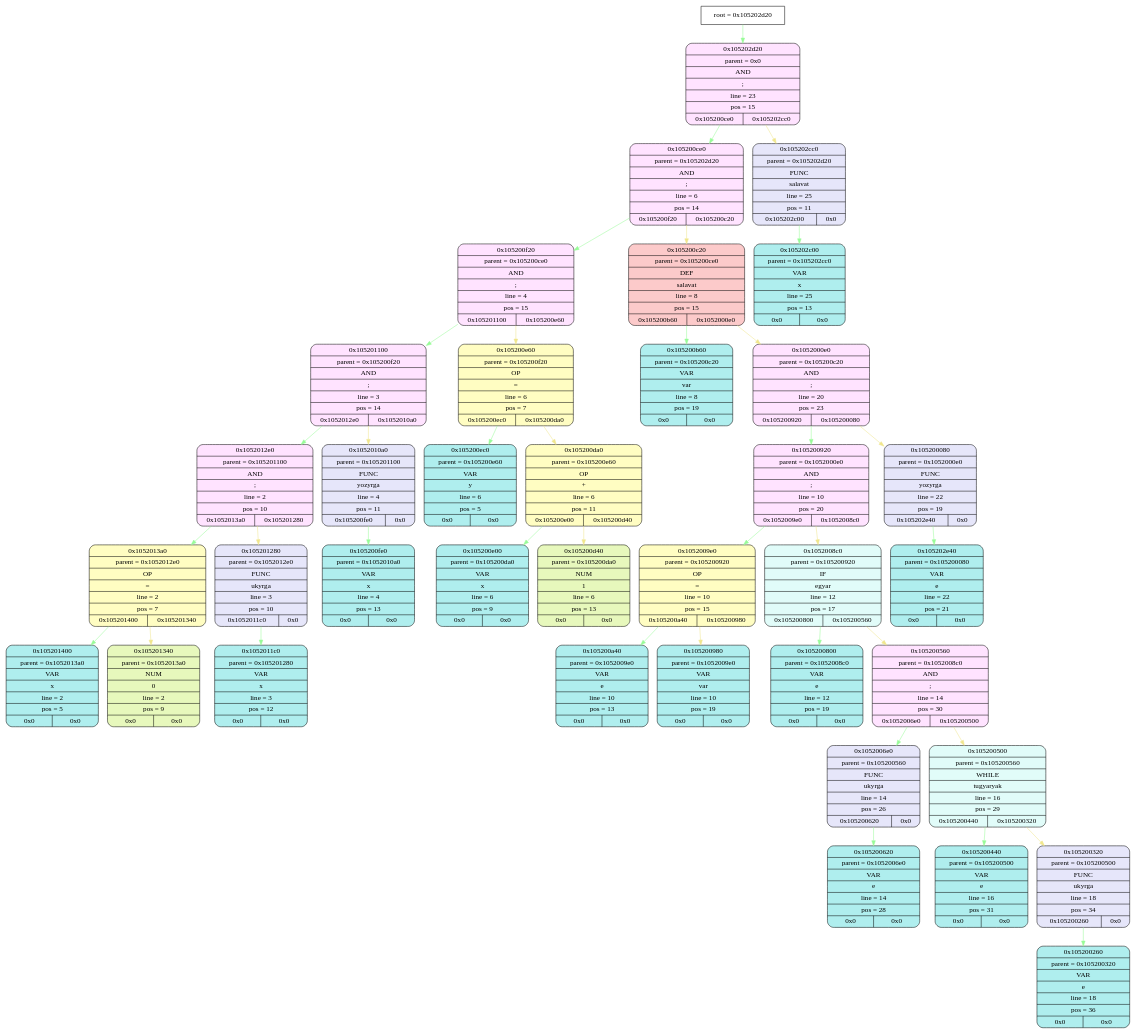
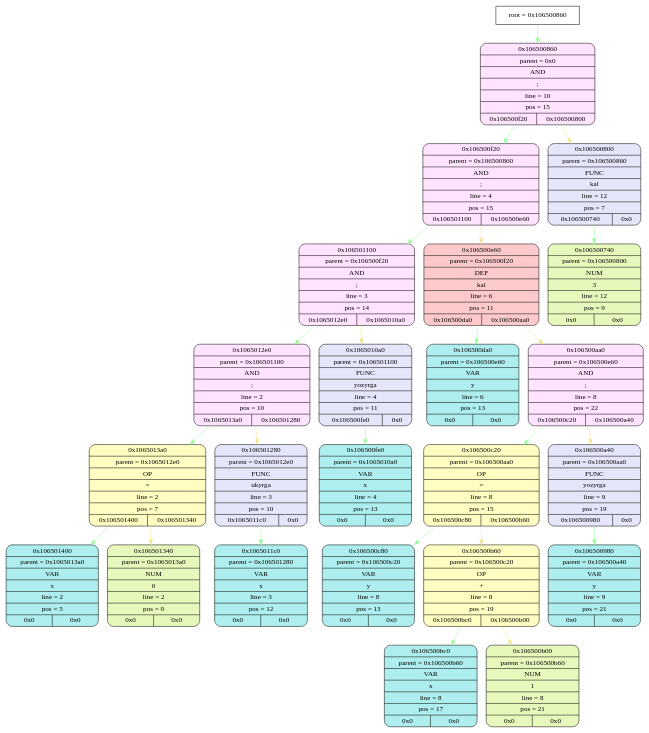
The diagram in frontend/tmp/graphviz.dot (esgalimov/language), drawn with Graphviz before and after one commit. The commit also changed 17 other files, not shown here.

```diff
--- a/frontend/tmp/graphviz.dot
+++ b/frontend/tmp/graphviz.dot
@@ -1,116 +1,74 @@
 digraph
 {
-    node_info[shape = record, label = "{root = 0x105202d20}"];
+    node_info[shape = record, label = "{root = 0x106500860}"];
 
-    node_info->node_0x105202d20 [color = "#98FB98"];
-    node_0x105202d20[shape = Mrecord, label = "{{0x105202d20} | {parent =  0x0} | {AND} | {;} | {line = 23} | {pos = 15} | {0x105200ce0 | 0x105202cc0}}",
+    node_info->node_0x106500860 [color = "#98FB98"];
+    node_0x106500860[shape = Mrecord, label = "{{0x106500860} | {parent =  0x0} | {AND} | {;} | {line = 10} | {pos = 15} | {0x106500f20 | 0x106500800}}",
                                         style="filled", fillcolor="#FFE3FF"];
-    node_0x105200ce0[shape = Mrecord, label = "{{0x105200ce0} | {parent =  0x105202d20} | {AND} | {;} | {line = 6} | {pos = 14} | {0x105200f20 | 0x105200c20}}",
+    node_0x106500f20[shape = Mrecord, label = "{{0x106500f20} | {parent =  0x106500860} | {AND} | {;} | {line = 4} | {pos = 15} | {0x106501100 | 0x106500e60}}",
                                         style="filled", fillcolor="#FFE3FF"];
-    node_0x105200f20[shape = Mrecord, label = "{{0x105200f20} | {parent =  0x105200ce0} | {AND} | {;} | {line = 4} | {pos = 15} | {0x105201100 | 0x105200e60}}",
+    node_0x106501100[shape = Mrecord, label = "{{0x106501100} | {parent =  0x106500f20} | {AND} | {;} | {line = 3} | {pos = 14} | {0x1065012e0 | 0x1065010a0}}",
                                         style="filled", fillcolor="#FFE3FF"];
-    node_0x105201100[shape = Mrecord, label = "{{0x105201100} | {parent =  0x105200f20} | {AND} | {;} | {line = 3} | {pos = 14} | {0x1052012e0 | 0x1052010a0}}",
+    node_0x1065012e0[shape = Mrecord, label = "{{0x1065012e0} | {parent =  0x106501100} | {AND} | {;} | {line = 2} | {pos = 10} | {0x1065013a0 | 0x106501280}}",
                                         style="filled", fillcolor="#FFE3FF"];
-    node_0x1052012e0[shape = Mrecord, label = "{{0x1052012e0} | {parent =  0x105201100} | {AND} | {;} | {line = 2} | {pos = 10} | {0x1052013a0 | 0x105201280}}",
+    node_0x1065013a0[shape = Mrecord, label = "{{0x1065013a0} | {parent =  0x1065012e0} | {OP} | {=} | {line = 2} | {pos = 7} | {0x106501400 | 0x106501340}}",
+                                        style="filled", fillcolor="#FFFDC2"];
+    node_0x106501400[shape = Mrecord, label = "{{0x106501400} | {parent =  0x1065013a0} | {VAR} | {x} | {line = 2} | {pos = 5} | {0x0 | 0x0}}",
+                                        style="filled", fillcolor="#AFEEEE"];
+    node_0x106501340[shape = Mrecord, label = "{{0x106501340} | {parent =  0x1065013a0} | {NUM} | {0} | {line = 2} | {pos = 9} | {0x0 | 0x0}}",
+                style="filled", fillcolor="#E7F8BC"];
+    node_0x106501280[shape = Mrecord, label = "{{0x106501280} | {parent =  0x1065012e0} | {FUNC} | {ukyrga} | {line = 3} | {pos = 10} | {0x1065011c0 | 0x0}}",
+                                        style="filled", fillcolor="#E6E6FA"];
+    node_0x1065011c0[shape = Mrecord, label = "{{0x1065011c0} | {parent =  0x106501280} | {VAR} | {x} | {line = 3} | {pos = 12} | {0x0 | 0x0}}",
+                                        style="filled", fillcolor="#AFEEEE"];
+    node_0x1065010a0[shape = Mrecord, label = "{{0x1065010a0} | {parent =  0x106501100} | {FUNC} | {yozyrga} | {line = 4} | {pos = 11} | {0x106500fe0 | 0x0}}",
+                                        style="filled", fillcolor="#E6E6FA"];
+    node_0x106500fe0[shape = Mrecord, label = "{{0x106500fe0} | {parent =  0x1065010a0} | {VAR} | {x} | {line = 4} | {pos = 13} | {0x0 | 0x0}}",
+                                        style="filled", fillcolor="#AFEEEE"];
+    node_0x106500e60[shape = Mrecord, label = "{{0x106500e60} | {parent =  0x106500f20} | {DEF} | {kal} | {line = 6} | {pos = 11} | {0x106500da0 | 0x106500aa0}}",
+                                        style="filled", fillcolor="#FCCACA"];
+    node_0x106500da0[shape = Mrecord, label = "{{0x106500da0} | {parent =  0x106500e60} | {VAR} | {y} | {line = 6} | {pos = 13} | {0x0 | 0x0}}",
+                                        style="filled", fillcolor="#AFEEEE"];
+    node_0x106500aa0[shape = Mrecord, label = "{{0x106500aa0} | {parent =  0x106500e60} | {AND} | {;} | {line = 8} | {pos = 22} | {0x106500c20 | 0x106500a40}}",
                                         style="filled", fillcolor="#FFE3FF"];
-    node_0x1052013a0[shape = Mrecord, label = "{{0x1052013a0} | {parent =  0x1052012e0} | {OP} | {=} | {line = 2} | {pos = 7} | {0x105201400 | 0x105201340}}",
+    node_0x106500c20[shape = Mrecord, label = "{{0x106500c20} | {parent =  0x106500aa0} | {OP} | {=} | {line = 8} | {pos = 15} | {0x106500c80 | 0x106500b60}}",
                                         style="filled", fillcolor="#FFFDC2"];
-    node_0x105201400[shape = Mrecord, label = "{{0x105201400} | {parent =  0x1052013a0} | {VAR} | {x} | {line = 2} | {pos = 5} | {0x0 | 0x0}}",
+    node_0x106500c80[shape = Mrecord, label = "{{0x106500c80} | {parent =  0x106500c20} | {VAR} | {y} | {line = 8} | {pos = 13} | {0x0 | 0x0}}",
                                         style="filled", fillcolor="#AFEEEE"];
-    node_0x105201340[shape = Mrecord, label = "{{0x105201340} | {parent =  0x1052013a0} | {NUM} | {0} | {line = 2} | {pos = 9} | {0x0 | 0x0}}",
+    node_0x106500b60[shape = Mrecord, label = "{{0x106500b60} | {parent =  0x106500c20} | {OP} | {+} | {line = 8} | {pos = 19} | {0x106500bc0 | 0x106500b00}}",
+                                        style="filled", fillcolor="#FFFDC2"];
+    node_0x106500bc0[shape = Mrecord, label = "{{0x106500bc0} | {parent =  0x106500b60} | {VAR} | {x} | {line = 8} | {pos = 17} | {0x0 | 0x0}}",
+                                        style="filled", fillcolor="#AFEEEE"];
+    node_0x106500b00[shape = Mrecord, label = "{{0x106500b00} | {parent =  0x106500b60} | {NUM} | {1} | {line = 8} | {pos = 21} | {0x0 | 0x0}}",
                 style="filled", fillcolor="#E7F8BC"];
-    node_0x105201280[shape = Mrecord, label = "{{0x105201280} | {parent =  0x1052012e0} | {FUNC} | {ukyrga} | {line = 3} | {pos = 10} | {0x1052011c0 | 0x0}}",
+    node_0x106500a40[shape = Mrecord, label = "{{0x106500a40} | {parent =  0x106500aa0} | {FUNC} | {yozyrga} | {line = 9} | {pos = 19} | {0x106500980 | 0x0}}",
                                         style="filled", fillcolor="#E6E6FA"];
-    node_0x1052011c0[shape = Mrecord, label = "{{0x1052011c0} | {parent =  0x105201280} | {VAR} | {x} | {line = 3} | {pos = 12} | {0x0 | 0x0}}",
+    node_0x106500980[shape = Mrecord, label = "{{0x106500980} | {parent =  0x106500a40} | {VAR} | {y} | {line = 9} | {pos = 21} | {0x0 | 0x0}}",
                                         style="filled", fillcolor="#AFEEEE"];
-    node_0x1052010a0[shape = Mrecord, label = "{{0x1052010a0} | {parent =  0x105201100} | {FUNC} | {yozyrga} | {line = 4} | {pos = 11} | {0x105200fe0 | 0x0}}",
+    node_0x106500800[shape = Mrecord, label = "{{0x106500800} | {parent =  0x106500860} | {FUNC} | {kal} | {line = 12} | {pos = 7} | {0x106500740 | 0x0}}",
                                         style="filled", fillcolor="#E6E6FA"];
-    node_0x105200fe0[shape = Mrecord, label = "{{0x105200fe0} | {parent =  0x1052010a0} | {VAR} | {x} | {line = 4} | {pos = 13} | {0x0 | 0x0}}",
-                                        style="filled", fillcolor="#AFEEEE"];
-    node_0x105200e60[shape = Mrecord, label = "{{0x105200e60} | {parent =  0x105200f20} | {OP} | {=} | {line = 6} | {pos = 7} | {0x105200ec0 | 0x105200da0}}",
-                                        style="filled", fillcolor="#FFFDC2"];
-    node_0x105200ec0[shape = Mrecord, label = "{{0x105200ec0} | {parent =  0x105200e60} | {VAR} | {y} | {line = 6} | {pos = 5} | {0x0 | 0x0}}",
-                                        style="filled", fillcolor="#AFEEEE"];
-    node_0x105200da0[shape = Mrecord, label = "{{0x105200da0} | {parent =  0x105200e60} | {OP} | {+} | {line = 6} | {pos = 11} | {0x105200e00 | 0x105200d40}}",
-                                        style="filled", fillcolor="#FFFDC2"];
-    node_0x105200e00[shape = Mrecord, label = "{{0x105200e00} | {parent =  0x105200da0} | {VAR} | {x} | {line = 6} | {pos = 9} | {0x0 | 0x0}}",
-                                        style="filled", fillcolor="#AFEEEE"];
-    node_0x105200d40[shape = Mrecord, label = "{{0x105200d40} | {parent =  0x105200da0} | {NUM} | {1} | {line = 6} | {pos = 13} | {0x0 | 0x0}}",
+    node_0x106500740[shape = Mrecord, label = "{{0x106500740} | {parent =  0x106500800} | {NUM} | {3} | {line = 12} | {pos = 9} | {0x0 | 0x0}}",
                 style="filled", fillcolor="#E7F8BC"];
-    node_0x105200c20[shape = Mrecord, label = "{{0x105200c20} | {parent =  0x105200ce0} | {DEF} | {salavat} | {line = 8} | {pos = 15} | {0x105200b60 | 0x1052000e0}}",
-                                        style="filled", fillcolor="#FCCACA"];
-    node_0x105200b60[shape = Mrecord, label = "{{0x105200b60} | {parent =  0x105200c20} | {VAR} | {var} | {line = 8} | {pos = 19} | {0x0 | 0x0}}",
-                                        style="filled", fillcolor="#AFEEEE"];
-    node_0x1052000e0[shape = Mrecord, label = "{{0x1052000e0} | {parent =  0x105200c20} | {AND} | {;} | {line = 20} | {pos = 23} | {0x105200920 | 0x105200080}}",
-                                        style="filled", fillcolor="#FFE3FF"];
-    node_0x105200920[shape = Mrecord, label = "{{0x105200920} | {parent =  0x1052000e0} | {AND} | {;} | {line = 10} | {pos = 20} | {0x1052009e0 | 0x1052008c0}}",
-                                        style="filled", fillcolor="#FFE3FF"];
-    node_0x1052009e0[shape = Mrecord, label = "{{0x1052009e0} | {parent =  0x105200920} | {OP} | {=} | {line = 10} | {pos = 15} | {0x105200a40 | 0x105200980}}",
-                                        style="filled", fillcolor="#FFFDC2"];
-    node_0x105200a40[shape = Mrecord, label = "{{0x105200a40} | {parent =  0x1052009e0} | {VAR} | {e} | {line = 10} | {pos = 13} | {0x0 | 0x0}}",
-                                        style="filled", fillcolor="#AFEEEE"];
-    node_0x105200980[shape = Mrecord, label = "{{0x105200980} | {parent =  0x1052009e0} | {VAR} | {var} | {line = 10} | {pos = 19} | {0x0 | 0x0}}",
-                                        style="filled", fillcolor="#AFEEEE"];
-    node_0x1052008c0[shape = Mrecord, label = "{{0x1052008c0} | {parent =  0x105200920} | {IF} | {egyar} | {line = 12} | {pos = 17} | {0x105200800 | 0x105200560}}",
-                                        style="filled", fillcolor="#E1FCF9"];
-    node_0x105200800[shape = Mrecord, label = "{{0x105200800} | {parent =  0x1052008c0} | {VAR} | {e} | {line = 12} | {pos = 19} | {0x0 | 0x0}}",
-                                        style="filled", fillcolor="#AFEEEE"];
-    node_0x105200560[shape = Mrecord, label = "{{0x105200560} | {parent =  0x1052008c0} | {AND} | {;} | {line = 14} | {pos = 30} | {0x1052006e0 | 0x105200500}}",
-                                        style="filled", fillcolor="#FFE3FF"];
-    node_0x1052006e0[shape = Mrecord, label = "{{0x1052006e0} | {parent =  0x105200560} | {FUNC} | {ukyrga} | {line = 14} | {pos = 26} | {0x105200620 | 0x0}}",
-                                        style="filled", fillcolor="#E6E6FA"];
-    node_0x105200620[shape = Mrecord, label = "{{0x105200620} | {parent =  0x1052006e0} | {VAR} | {e} | {line = 14} | {pos = 28} | {0x0 | 0x0}}",
-                                        style="filled", fillcolor="#AFEEEE"];
-    node_0x105200500[shape = Mrecord, label = "{{0x105200500} | {parent =  0x105200560} | {WHILE} | {tugyaryak} | {line = 16} | {pos = 29} | {0x105200440 | 0x105200320}}",
-                                        style="filled", fillcolor="#E1FCF9"];
-    node_0x105200440[shape = Mrecord, label = "{{0x105200440} | {parent =  0x105200500} | {VAR} | {e} | {line = 16} | {pos = 31} | {0x0 | 0x0}}",
-                                        style="filled", fillcolor="#AFEEEE"];
-    node_0x105200320[shape = Mrecord, label = "{{0x105200320} | {parent =  0x105200500} | {FUNC} | {ukyrga} | {line = 18} | {pos = 34} | {0x105200260 | 0x0}}",
-                                        style="filled", fillcolor="#E6E6FA"];
-    node_0x105200260[shape = Mrecord, label = "{{0x105200260} | {parent =  0x105200320} | {VAR} | {e} | {line = 18} | {pos = 36} | {0x0 | 0x0}}",
-                                        style="filled", fillcolor="#AFEEEE"];
-    node_0x105200080[shape = Mrecord, label = "{{0x105200080} | {parent =  0x1052000e0} | {FUNC} | {yozyrga} | {line = 22} | {pos = 19} | {0x105202e40 | 0x0}}",
-                                        style="filled", fillcolor="#E6E6FA"];
-    node_0x105202e40[shape = Mrecord, label = "{{0x105202e40} | {parent =  0x105200080} | {VAR} | {e} | {line = 22} | {pos = 21} | {0x0 | 0x0}}",
-                                        style="filled", fillcolor="#AFEEEE"];
-    node_0x105202cc0[shape = Mrecord, label = "{{0x105202cc0} | {parent =  0x105202d20} | {FUNC} | {salavat} | {line = 25} | {pos = 11} | {0x105202c00 | 0x0}}",
-                                        style="filled", fillcolor="#E6E6FA"];
-    node_0x105202c00[shape = Mrecord, label = "{{0x105202c00} | {parent =  0x105202cc0} | {VAR} | {x} | {line = 25} | {pos = 13} | {0x0 | 0x0}}",
-                                        style="filled", fillcolor="#AFEEEE"];
-    node_0x105202d20->node_0x105200ce0 [color = "#98FB98"];
-    node_0x105200ce0->node_0x105200f20 [color = "#98FB98"];
-    node_0x105200f20->node_0x105201100 [color = "#98FB98"];
-    node_0x105201100->node_0x1052012e0 [color = "#98FB98"];
-    node_0x1052012e0->node_0x1052013a0 [color = "#98FB98"];
-    node_0x1052013a0->node_0x105201400 [color = "#98FB98"];
-    node_0x1052013a0->node_0x105201340 [color = "#F0E68C"];
-    node_0x1052012e0->node_0x105201280 [color = "#F0E68C"];
-    node_0x105201280->node_0x1052011c0 [color = "#98FB98"];
-    node_0x105201100->node_0x1052010a0 [color = "#F0E68C"];
-    node_0x1052010a0->node_0x105200fe0 [color = "#98FB98"];
-    node_0x105200f20->node_0x105200e60 [color = "#F0E68C"];
-    node_0x105200e60->node_0x105200ec0 [color = "#98FB98"];
-    node_0x105200e60->node_0x105200da0 [color = "#F0E68C"];
-    node_0x105200da0->node_0x105200e00 [color = "#98FB98"];
-    node_0x105200da0->node_0x105200d40 [color = "#F0E68C"];
-    node_0x105200ce0->node_0x105200c20 [color = "#F0E68C"];
-    node_0x105200c20->node_0x105200b60 [color = "#98FB98"];
-    node_0x105200c20->node_0x1052000e0 [color = "#F0E68C"];
-    node_0x1052000e0->node_0x105200920 [color = "#98FB98"];
-    node_0x105200920->node_0x1052009e0 [color = "#98FB98"];
-    node_0x1052009e0->node_0x105200a40 [color = "#98FB98"];
-    node_0x1052009e0->node_0x105200980 [color = "#F0E68C"];
-    node_0x105200920->node_0x1052008c0 [color = "#F0E68C"];
-    node_0x1052008c0->node_0x105200800 [color = "#98FB98"];
-    node_0x1052008c0->node_0x105200560 [color = "#F0E68C"];
-    node_0x105200560->node_0x1052006e0 [color = "#98FB98"];
-    node_0x1052006e0->node_0x105200620 [color = "#98FB98"];
-    node_0x105200560->node_0x105200500 [color = "#F0E68C"];
-    node_0x105200500->node_0x105200440 [color = "#98FB98"];
-    node_0x105200500->node_0x105200320 [color = "#F0E68C"];
-    node_0x105200320->node_0x105200260 [color = "#98FB98"];
-    node_0x1052000e0->node_0x105200080 [color = "#F0E68C"];
-    node_0x105200080->node_0x105202e40 [color = "#98FB98"];
-    node_0x105202d20->node_0x105202cc0 [color = "#F0E68C"];
-    node_0x105202cc0->node_0x105202c00 [color = "#98FB98"];
+    node_0x106500860->node_0x106500f20 [color = "#98FB98"];
+    node_0x106500f20->node_0x106501100 [color = "#98FB98"];
+    node_0x106501100->node_0x1065012e0 [color = "#98FB98"];
+    node_0x1065012e0->node_0x1065013a0 [color = "#98FB98"];
+    node_0x1065013a0->node_0x106501400 [color = "#98FB98"];
+    node_0x1065013a0->node_0x106501340 [color = "#F0E68C"];
+    node_0x1065012e0->node_0x106501280 [color = "#F0E68C"];
+    node_0x106501280->node_0x1065011c0 [color = "#98FB98"];
+    node_0x106501100->node_0x1065010a0 [color = "#F0E68C"];
+    node_0x1065010a0->node_0x106500fe0 [color = "#98FB98"];
+    node_0x106500f20->node_0x106500e60 [color = "#F0E68C"];
+    node_0x106500e60->node_0x106500da0 [color = "#98FB98"];
+    node_0x106500e60->node_0x106500aa0 [color = "#F0E68C"];
+    node_0x106500aa0->node_0x106500c20 [color = "#98FB98"];
+    node_0x106500c20->node_0x106500c80 [color = "#98FB98"];
+    node_0x106500c20->node_0x106500b60 [color = "#F0E68C"];
+    node_0x106500b60->node_0x106500bc0 [color = "#98FB98"];
+    node_0x106500b60->node_0x106500b00 [color = "#F0E68C"];
+    node_0x106500aa0->node_0x106500a40 [color = "#F0E68C"];
+    node_0x106500a40->node_0x106500980 [color = "#98FB98"];
+    node_0x106500860->node_0x106500800 [color = "#F0E68C"];
+    node_0x106500800->node_0x106500740 [color = "#98FB98"];
 }
```
